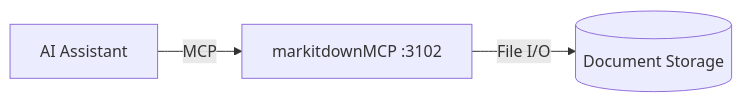
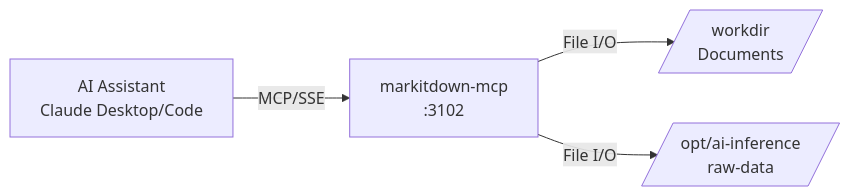
Before and after one commit to jpansarasa/ATLAS-Docs: the diagram in markitdownMCP/README.md, drawn with Mermaid. The commit also changed other lines of this file and 22 other files, not shown here.

````diff
--- a/markitdownMCP/README.md
+++ b/markitdownMCP/README.md
@@ -13,5 +11,6 @@
 ```mermaid
 flowchart LR
-    AI[AI Assistant] -->|MCP| MCP[markitdownMCP :3102]
-    MCP -->|File I/O| Storage[(Document Storage)]
+    AI[AI Assistant<br/>Claude Desktop/Code] -->|MCP/SSE| MCP[markitdown-mcp<br/>:3102]
+    MCP -->|File I/O| Docs[/workdir<br/>Documents/]
+    MCP -->|File I/O| Raw[/opt/ai-inference<br/>raw-data/]
 ```
````
